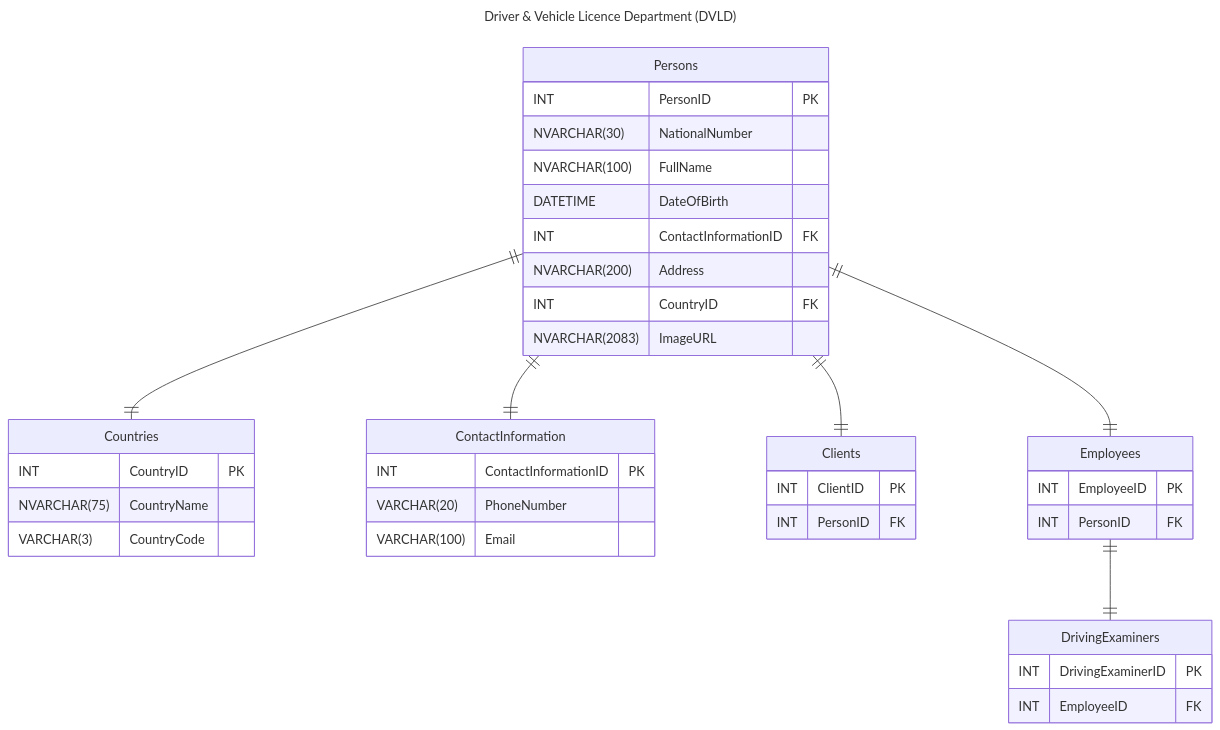
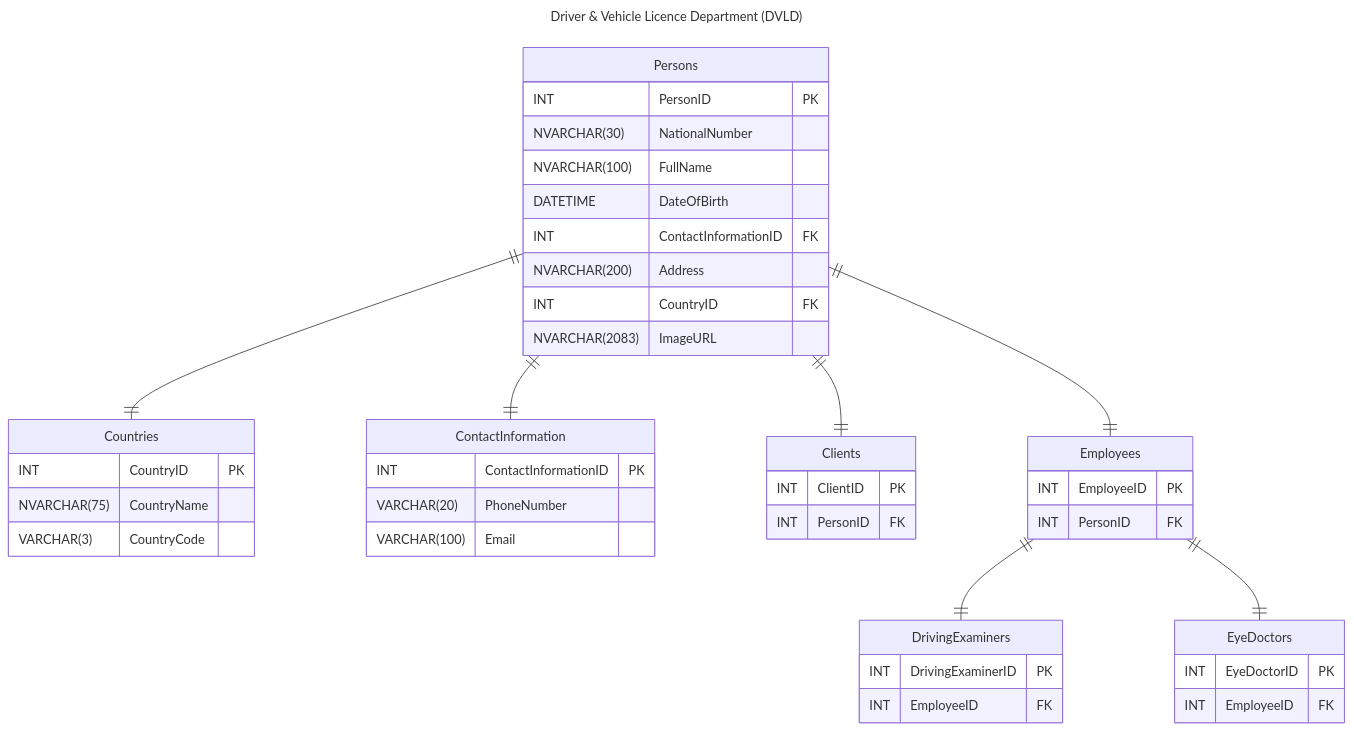
The diagram in RelationalSchema/DriverAndVehicleLicensingDepartment.mmd (M4MD24/Full-Real-Project-by-Programming-Advices), drawn with Mermaid before and after one commit.

Commit message:
Create (EyeDoctors) Tables and Set Relationships

```diff
--- a/RelationalSchema/DriverAndVehicleLicensingDepartment.mmd
+++ b/RelationalSchema/DriverAndVehicleLicensingDepartment.mmd
@@ -1,42 +1,47 @@
 ---
 title: Driver & Vehicle Licence Department (DVLD)
 ---
 erDiagram
     Persons {
         INT PersonID PK
         NVARCHAR(30) NationalNumber
         NVARCHAR(100) FullName
         DATETIME DateOfBirth
         INT ContactInformationID FK
         NVARCHAR(200) Address
         INT CountryID FK
         NVARCHAR(2083) ImageURL
     }
     Countries {
         INT CountryID PK
         NVARCHAR(75) CountryName
         VARCHAR(3) CountryCode
     }
     ContactInformation {
         INT ContactInformationID PK
         VARCHAR(20) PhoneNumber
         VARCHAR(100) Email
     }
     Clients {
         INT ClientID PK
         INT PersonID FK
     }
     Employees {
         INT EmployeeID PK
         INT PersonID FK
     }
     DrivingExaminers {
         INT DrivingExaminerID PK
         INT EmployeeID FK
     }
+    EyeDoctors {
+        INT EyeDoctorID PK
+        INT EmployeeID FK
+    }
 
     Persons ||--|| Countries: ""
     Persons ||--|| ContactInformation: ""
     Persons ||--|| Clients: ""
     Persons ||--|| Employees: ""
     Employees ||--|| DrivingExaminers: ""
+    Employees ||--|| EyeDoctors: ""
```
